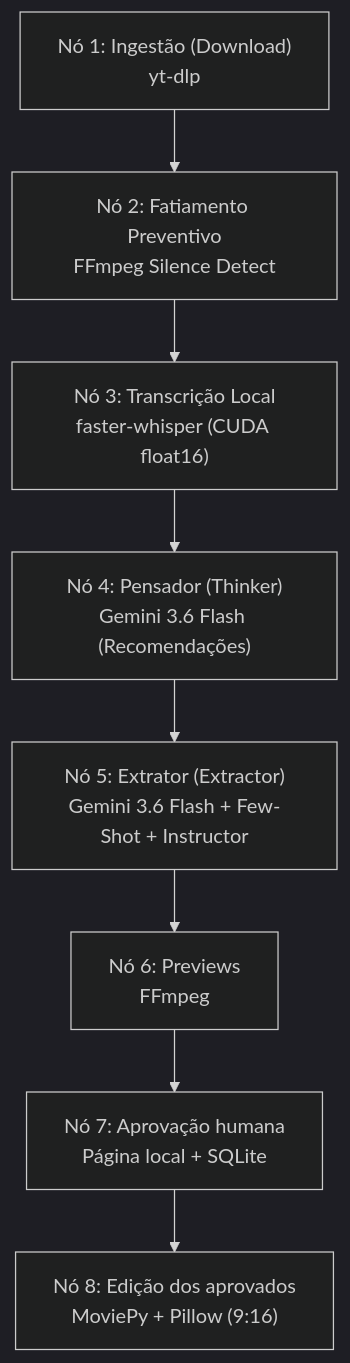
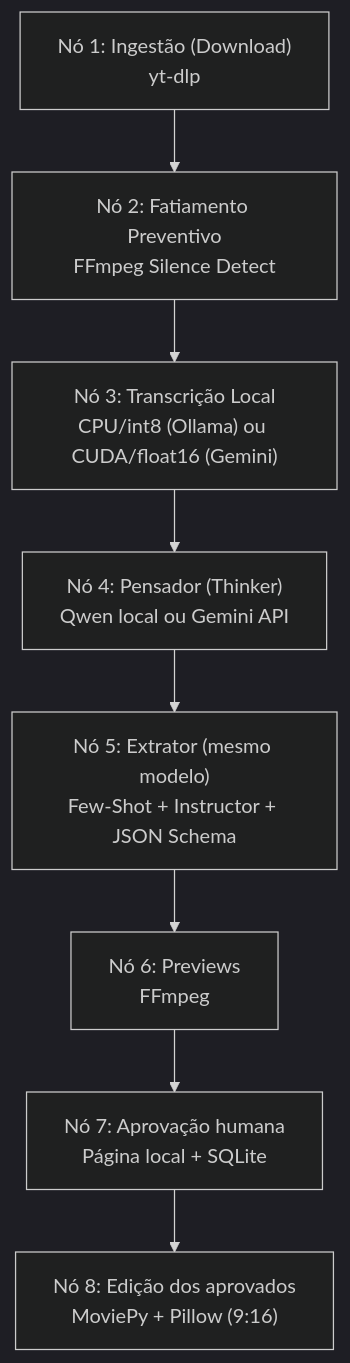
One commit to SegantinDavi/agent-clipper changed the diagram in README.md. Above: the diagram before and after it, drawn with Mermaid (dark theme). The commit also changed other lines of this file and 10 other files, not shown here.

Commit message:
feat: restore local Ollama mode with interactive runtime selection

````diff
--- a/README.md
+++ b/README.md
@@ -13,10 +28,10 @@
 ```mermaid
 flowchart TD
     A["Nó 1: Ingestão (Download)<br>yt-dlp"] --> B["Nó 2: Fatiamento Preventivo<br>FFmpeg Silence Detect"]
-    B --> C["Nó 3: Transcrição Local<br>faster-whisper (CUDA float16)"]
-    C --> D["Nó 4: Pensador (Thinker)<br>Gemini 3.6 Flash (Recomendações)"]
-    D --> E["Nó 5: Extrator (Extractor)<br>Gemini 3.6 Flash + Few-Shot + Instructor"]
+    B --> C["Nó 3: Transcrição Local<br>CPU/int8 (Ollama) ou CUDA/float16 (Gemini)"]
+    C --> D["Nó 4: Pensador (Thinker)<br>Qwen local ou Gemini API"]
+    D --> E["Nó 5: Extrator (mesmo modelo)<br>Few-Shot + Instructor + JSON Schema"]
     E --> P["Nó 6: Previews<br>FFmpeg"]
     P --> R["Nó 7: Aprovação humana<br>Página local + SQLite"]
     R --> F["Nó 8: Edição dos aprovados<br>MoviePy + Pillow (9:16)"]
 ```
````
